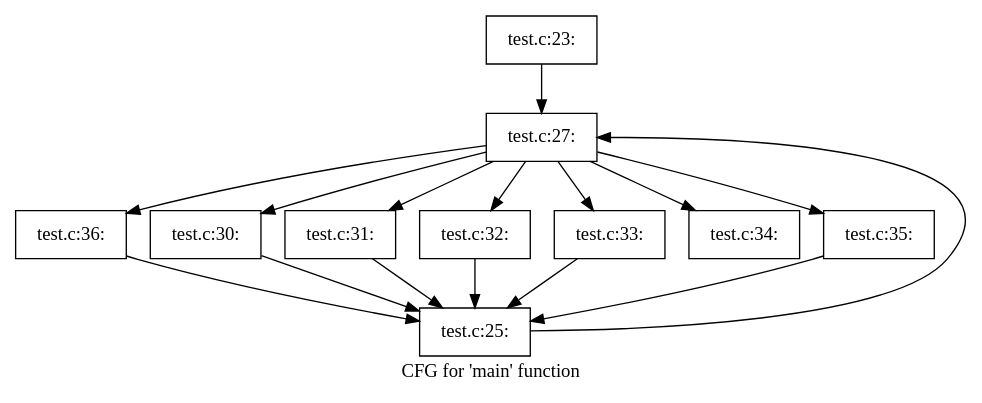
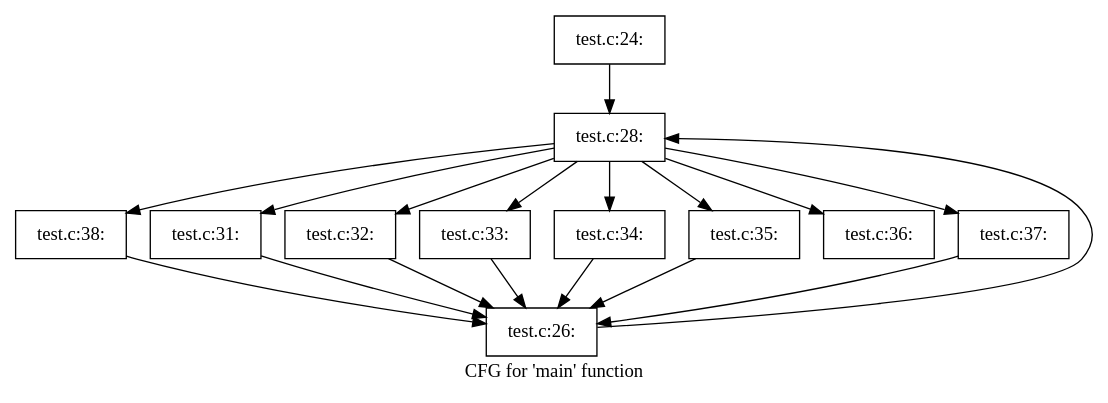
Before and after one commit to williamslay/NJUPT_Bachelor: the diagram in testing/temp/dot-files/cfg.main.dot, drawn with Graphviz. The commit also changed 34 other files, not shown here.

```diff
--- a/testing/temp/dot-files/cfg.main.dot
+++ b/testing/temp/dot-files/cfg.main.dot
@@ -1,29 +1,32 @@
 digraph "CFG for 'main' function" {
 	label="CFG for 'main' function";
 
-	Node0x55c0d6731d80 [shape=record,label="{test.c:23:}"];
-	Node0x55c0d6731d80 -> Node0x55c0d6794e30;
-	Node0x55c0d6794e30 [shape=record,label="{test.c:27:}"];
-	Node0x55c0d6794e30 -> Node0x55c0d6795740;
-	Node0x55c0d6794e30 -> Node0x55c0d6795b00;
-	Node0x55c0d6794e30 -> Node0x55c0d6795ef0;
-	Node0x55c0d6794e30 -> Node0x55c0d6796170;
-	Node0x55c0d6794e30 -> Node0x55c0d67963f0;
-	Node0x55c0d6794e30 -> Node0x55c0d6796670;
-	Node0x55c0d6794e30 -> Node0x55c0d6797400;
-	Node0x55c0d6795b00 [shape=record,label="{test.c:30:}"];
-	Node0x55c0d6795b00 -> Node0x55c0d6795570;
-	Node0x55c0d6795ef0 [shape=record,label="{test.c:31:}"];
-	Node0x55c0d6795ef0 -> Node0x55c0d6795570;
-	Node0x55c0d6796170 [shape=record,label="{test.c:32:}"];
-	Node0x55c0d6796170 -> Node0x55c0d6795570;
-	Node0x55c0d67963f0 [shape=record,label="{test.c:33:}"];
-	Node0x55c0d67963f0 -> Node0x55c0d6795570;
-	Node0x55c0d6796670 [shape=record,label="{test.c:34:}"];
-	Node0x55c0d6797400 [shape=record,label="{test.c:35:}"];
-	Node0x55c0d6797400 -> Node0x55c0d6795570;
-	Node0x55c0d6795740 [shape=record,label="{test.c:36:}"];
-	Node0x55c0d6795740 -> Node0x55c0d6795570;
-	Node0x55c0d6795570 [shape=record,label="{test.c:25:}"];
-	Node0x55c0d6795570 -> Node0x55c0d6794e30;
+	Node0x561f1ae1fe80 [shape=record,label="{test.c:24:}"];
+	Node0x561f1ae1fe80 -> Node0x561f1ae82f10;
+	Node0x561f1ae82f10 [shape=record,label="{test.c:28:}"];
+	Node0x561f1ae82f10 -> Node0x561f1ae83840;
+	Node0x561f1ae82f10 -> Node0x561f1ae83c00;
+	Node0x561f1ae82f10 -> Node0x561f1ae83ff0;
+	Node0x561f1ae82f10 -> Node0x561f1ae84270;
+	Node0x561f1ae82f10 -> Node0x561f1ae844f0;
+	Node0x561f1ae82f10 -> Node0x561f1ae84770;
+	Node0x561f1ae82f10 -> Node0x561f1ae84b90;
+	Node0x561f1ae82f10 -> Node0x561f1ae85780;
+	Node0x561f1ae83c00 [shape=record,label="{test.c:31:}"];
+	Node0x561f1ae83c00 -> Node0x561f1ae83670;
+	Node0x561f1ae83ff0 [shape=record,label="{test.c:32:}"];
+	Node0x561f1ae83ff0 -> Node0x561f1ae83670;
+	Node0x561f1ae84270 [shape=record,label="{test.c:33:}"];
+	Node0x561f1ae84270 -> Node0x561f1ae83670;
+	Node0x561f1ae844f0 [shape=record,label="{test.c:34:}"];
+	Node0x561f1ae844f0 -> Node0x561f1ae83670;
+	Node0x561f1ae84770 [shape=record,label="{test.c:35:}"];
+	Node0x561f1ae84770 -> Node0x561f1ae83670;
+	Node0x561f1ae84b90 [shape=record,label="{test.c:36:}"];
+	Node0x561f1ae85780 [shape=record,label="{test.c:37:}"];
+	Node0x561f1ae85780 -> Node0x561f1ae83670;
+	Node0x561f1ae83840 [shape=record,label="{test.c:38:}"];
+	Node0x561f1ae83840 -> Node0x561f1ae83670;
+	Node0x561f1ae83670 [shape=record,label="{test.c:26:}"];
+	Node0x561f1ae83670 -> Node0x561f1ae82f10;
 }
```
